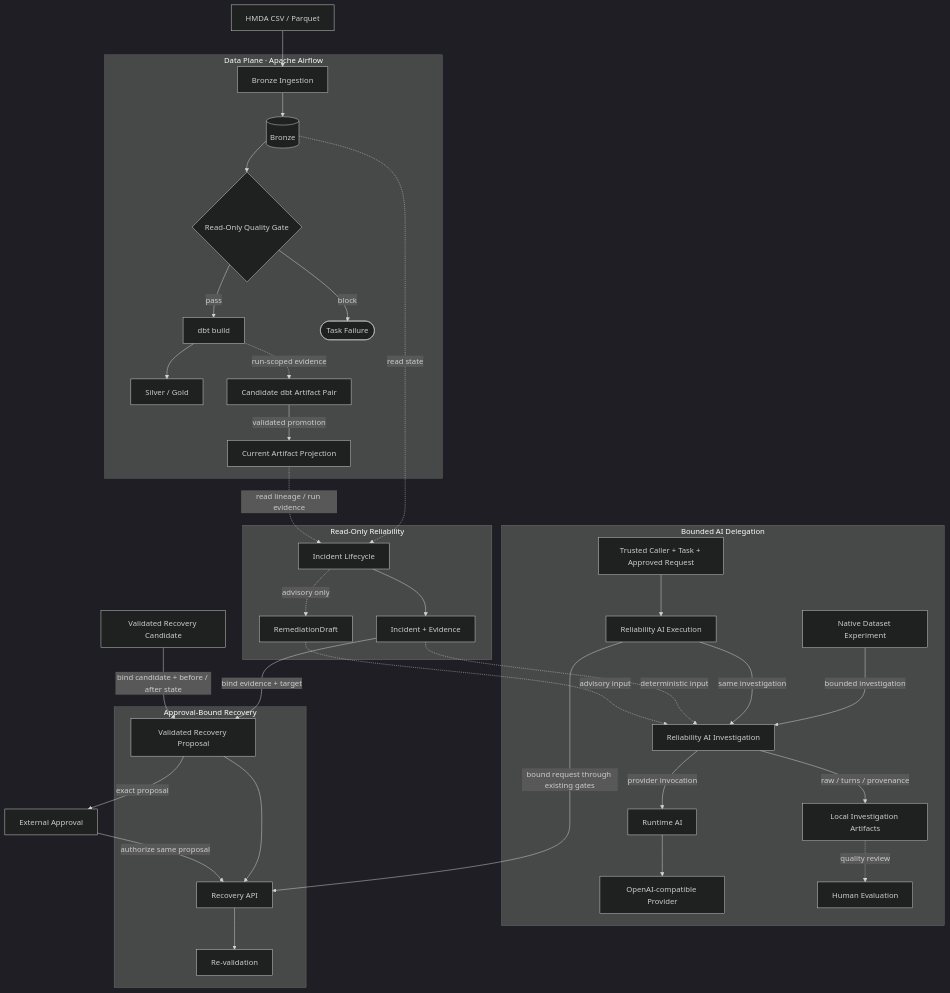
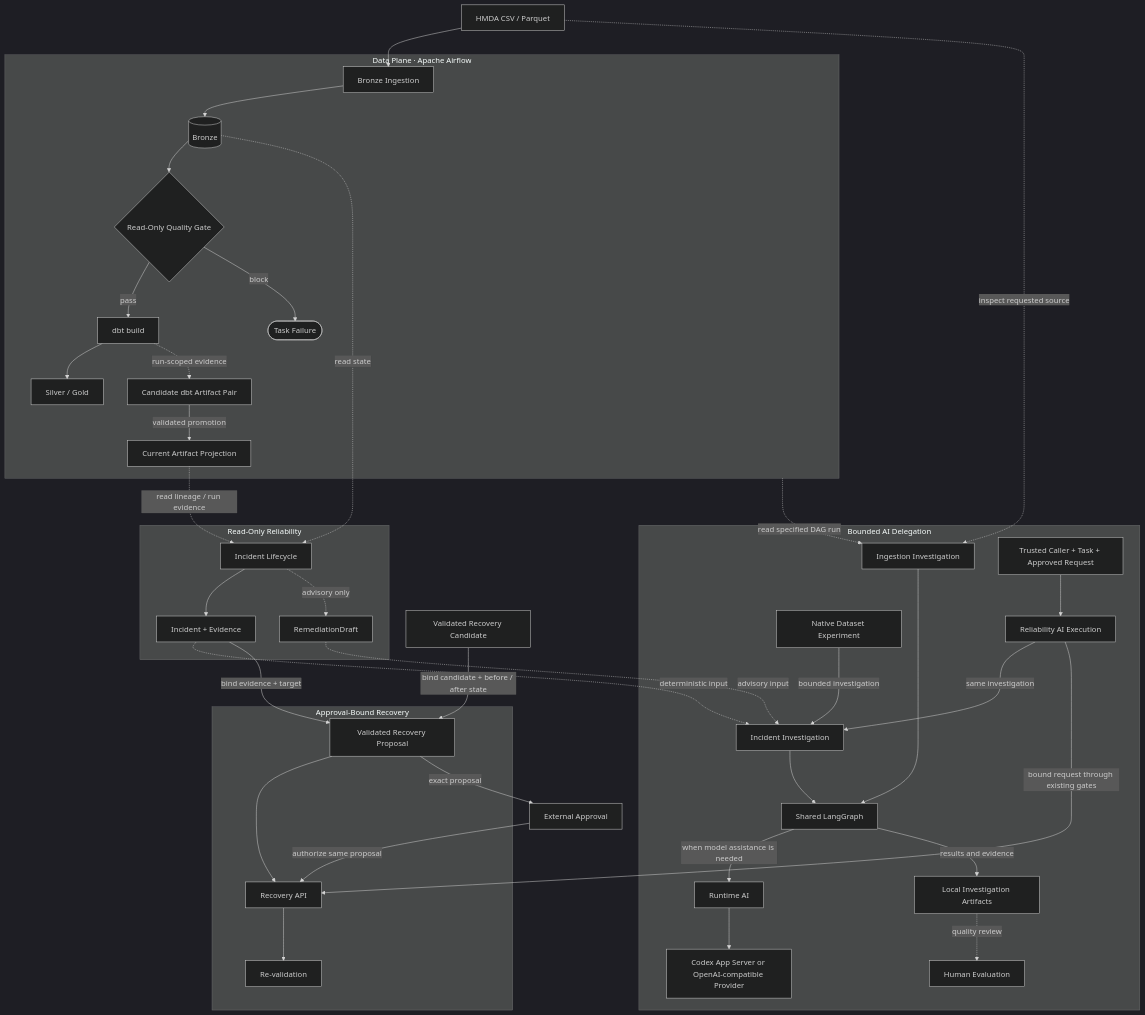
One commit to mols3131d/hmda-data-reliability changed the diagram in docs/ARCHITECTURE.md. Above: the diagram before and after it, drawn with Mermaid (dark theme). The commit also changed other lines of this file and 12 other files, not shown here.

````diff
--- a/docs/ARCHITECTURE.md
+++ b/docs/ARCHITECTURE.md
@@ -26,43 +26,47 @@
 ```mermaid
 flowchart TB
     files["HMDA CSV / Parquet"]
 
     subgraph data_plane ["Data Plane · Apache Airflow"]
         ingest["Bronze Ingestion"] --> bronze[("Bronze")]
         bronze --> gate{"Read-Only Quality Gate"}
         gate -->|pass| dbt["dbt build"] --> analytics["Silver / Gold"]
         gate -->|block| failed(["Task Failure"])
         dbt -.->|run-scoped evidence| candidate_artifacts["Candidate dbt Artifact Pair"]
         candidate_artifacts -->|validated promotion| current_artifacts["Current Artifact Projection"]
     end
 
     subgraph analysis_plane ["Read-Only Reliability"]
         lifecycle["Incident Lifecycle"] --> incident["Incident + Evidence"]
         lifecycle -.->|advisory only| draft["RemediationDraft"]
     end
 
     subgraph ai_plane ["Bounded AI Delegation"]
-        live_harness["Native Dataset Experiment"] -->|bounded investigation| review["Reliability AI Investigation"]
-        review -->|provider invocation| runtime["Runtime AI"]
-        runtime --> provider["OpenAI-compatible Provider"]
-        review -->|raw / turns / provenance| local_review["Local Investigation Artifacts"]
+        live_harness["Native Dataset Experiment"] -->|bounded investigation| review["Incident Investigation"]
+        review --> investigation_graph["Shared LangGraph"]
+        ingestion_review["Ingestion Investigation"] --> investigation_graph
+        investigation_graph -->|when model assistance is needed| runtime["Runtime AI"]
+        runtime --> provider["Codex App Server or OpenAI-compatible Provider"]
+        investigation_graph -->|results and evidence| local_review["Local Investigation Artifacts"]
         local_review -.->|quality review| human_review["Human Evaluation"]
         delegated["Reliability AI Execution"] -->|same investigation| review
         caller["Trusted Caller + Task + Approved Request"] --> delegated
     end
 
     subgraph recovery_plane ["Approval-Bound Recovery"]
         proposal["Validated Recovery Proposal"] --> recovery["Recovery API"] --> verify["Re-validation"]
     end
 
     files --> ingest
     bronze -.->|read state| lifecycle
     current_artifacts -.->|read lineage / run evidence| lifecycle
     incident -.->|deterministic input| review
     draft -.->|advisory input| review
+    files -.->|inspect requested source| ingestion_review
+    data_plane -.->|read specified DAG run| ingestion_review
     incident -->|bind evidence + target| proposal
     recovery_candidate["Validated Recovery Candidate"] -->|bind candidate + before / after state| proposal
     proposal -->|exact proposal| approval["External Approval"]
     approval -->|authorize same proposal| recovery
     delegated -->|bound request through existing gates| recovery
 ```
````
